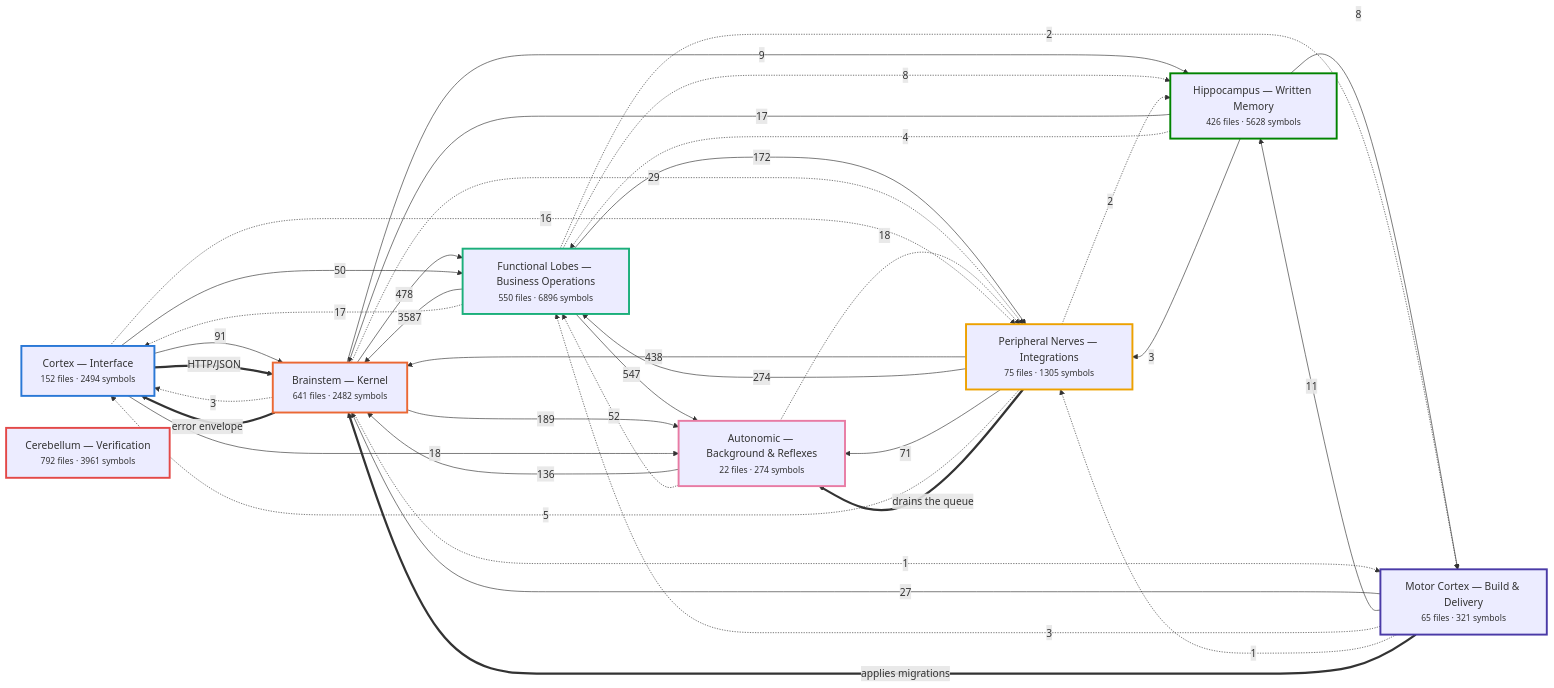
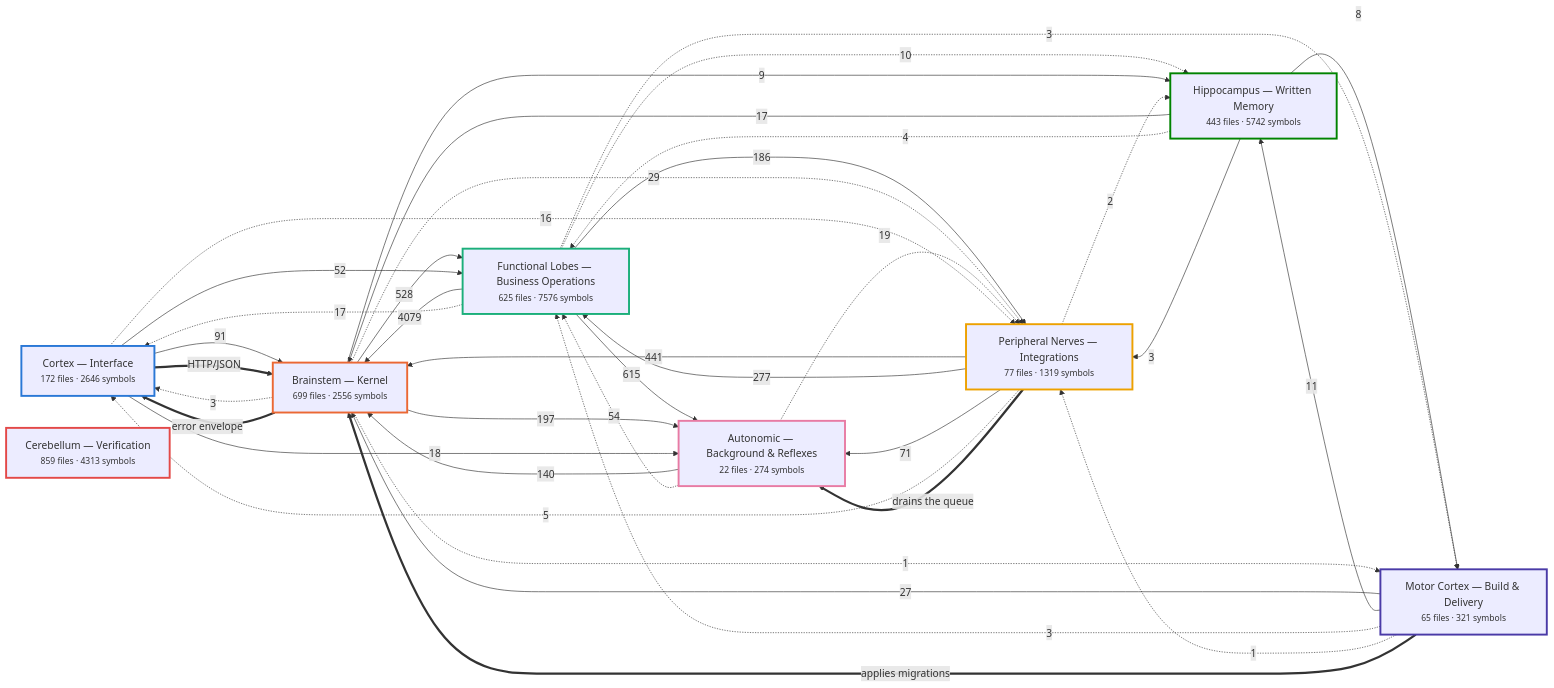
One commit to Vishalnayak226/custom_erp changed the first of 7 diagrams in docs/brain/brain-map.md. Above: the diagram before and after it, drawn with Mermaid. The commit also changed other lines of this file and 498 other files, not shown here.

````diff
--- a/docs/brain/brain-map.md
+++ b/docs/brain/brain-map.md
@@ -35,63 +35,63 @@
 ```mermaid
 flowchart LR
-  n_cortex["Cortex — Interface<br/><small>152 files · 2494 symbols</small>"]
-  n_brainstem["Brainstem — Kernel<br/><small>641 files · 2482 symbols</small>"]
-  n_business["Functional Lobes — Business Operations<br/><small>550 files · 6896 symbols</small>"]
-  n_peripheral["Peripheral Nerves — Integrations<br/><small>75 files · 1305 symbols</small>"]
+  n_cortex["Cortex — Interface<br/><small>172 files · 2646 symbols</small>"]
+  n_brainstem["Brainstem — Kernel<br/><small>699 files · 2556 symbols</small>"]
+  n_business["Functional Lobes — Business Operations<br/><small>625 files · 7576 symbols</small>"]
+  n_peripheral["Peripheral Nerves — Integrations<br/><small>77 files · 1319 symbols</small>"]
   n_autonomic["Autonomic — Background & Reflexes<br/><small>22 files · 274 symbols</small>"]
-  n_memory["Hippocampus — Written Memory<br/><small>426 files · 5628 symbols</small>"]
+  n_memory["Hippocampus — Written Memory<br/><small>443 files · 5742 symbols</small>"]
   n_motor["Motor Cortex — Build & Delivery<br/><small>65 files · 321 symbols</small>"]
-  n_verification["Cerebellum — Verification<br/><small>792 files · 3961 symbols</small>"]
-  n_business -->|3587| n_brainstem
-  n_business -->|547| n_autonomic
-  n_brainstem -->|478| n_business
-  n_peripheral -->|438| n_brainstem
-  n_peripheral -->|274| n_business
-  n_brainstem -->|189| n_autonomic
-  n_business -->|172| n_peripheral
-  n_autonomic -->|136| n_brainstem
+  n_verification["Cerebellum — Verification<br/><small>859 files · 4313 symbols</small>"]
+  n_business -->|4079| n_brainstem
+  n_business -->|615| n_autonomic
+  n_brainstem -->|528| n_business
+  n_peripheral -->|441| n_brainstem
+  n_peripheral -->|277| n_business
+  n_brainstem -->|197| n_autonomic
+  n_business -->|186| n_peripheral
+  n_autonomic -->|140| n_brainstem
   n_cortex -->|91| n_brainstem
   n_peripheral -->|71| n_autonomic
-  n_autonomic -.->|52| n_business
-  n_cortex -->|50| n_business
+  n_autonomic -.->|54| n_business
+  n_cortex -->|52| n_business
   n_brainstem -.->|29| n_peripheral
   n_motor -->|27| n_brainstem
-  n_autonomic -.->|18| n_peripheral
+  n_autonomic -.->|19| n_peripheral
   n_cortex -->|18| n_autonomic
   n_business -.->|17| n_cortex
   n_memory -->|17| n_brainstem
   n_cortex -.->|16| n_peripheral
   n_motor -->|11| n_memory
+  n_business -.->|10| n_memory
   n_brainstem -->|9| n_memory
-  n_business -.->|8| n_memory
   n_memory -->|8| n_motor
   n_peripheral -.->|5| n_cortex
   n_memory -.->|4| n_business
   n_brainstem -.->|3| n_cortex
+  n_business -.->|3| n_motor
   n_memory -->|3| n_peripheral
   n_motor -.->|3| n_business
-  n_business -.->|2| n_motor
   n_peripheral -.->|2| n_memory
   n_brainstem -.->|1| n_motor
   n_motor -.->|1| n_peripheral
   n_brainstem ==>|error envelope| n_cortex
   n_cortex ==>|HTTP/JSON| n_brainstem
   n_motor ==>|applies migrations| n_brainstem
   n_peripheral ==>|drains the queue| n_autonomic
   classDef n_cortex stroke:#2a78d6,stroke-width:3px;
   class n_cortex n_cortex;
   classDef n_brainstem stroke:#eb6834,stroke-width:3px;
   class n_brainstem n_brainstem;
   classDef n_business stroke:#1baf7a,stroke-width:3px;
   class n_business n_business;
   classDef n_peripheral stroke:#eda100,stroke-width:3px;
   class n_peripheral n_peripheral;
   classDef n_autonomic stroke:#e87ba4,stroke-width:3px;
   class n_autonomic n_autonomic;
   classDef n_memory stroke:#008300,stroke-width:3px;
   class n_memory n_memory;
   classDef n_motor stroke:#4a3aa7,stroke-width:3px;
   class n_motor n_motor;
   classDef n_verification stroke:#e34948,stroke-width:3px;
   class n_verification n_verification;
 ```
````
